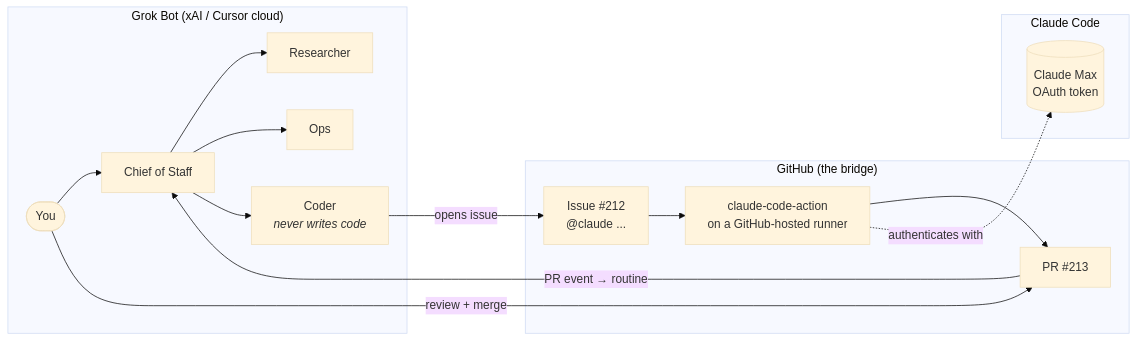
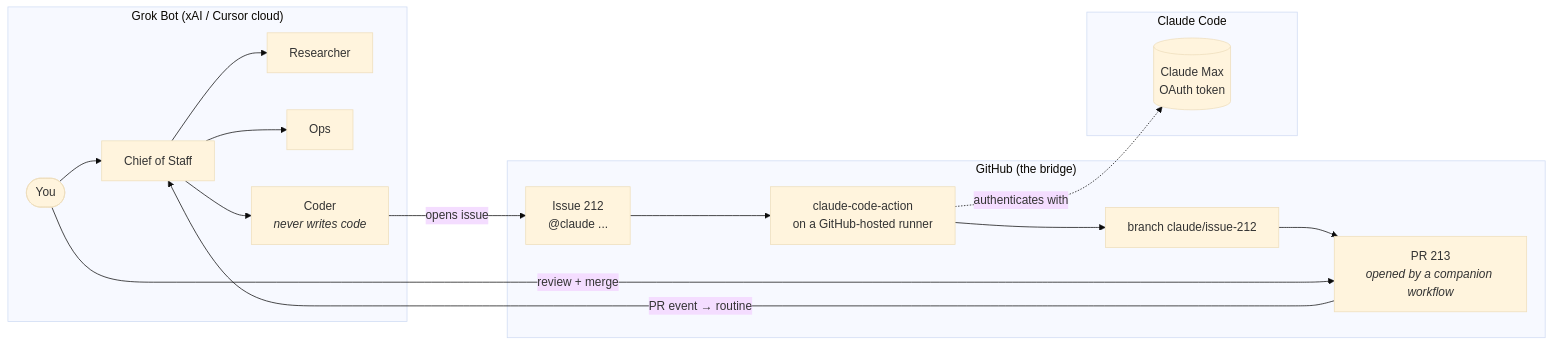
Before and after one commit to mathew-builds/Handoff: the diagram in README.md, drawn with Mermaid (base theme). The commit also changed other lines of this file and 18 other files, not shown here.

````diff
--- a/README.md
+++ b/README.md
@@ -13,25 +13,26 @@
 ```mermaid
 flowchart LR
     subgraph GB["Grok Bot (xAI / Cursor cloud)"]
         YOU([You]) --> COS[Chief of Staff]
         COS --> RES[Researcher]
         COS --> OPS[Ops]
         COS --> CODER[Coder<br/><i>never writes code</i>]
     end
 
     subgraph GH["GitHub (the bridge)"]
-        ISSUE[Issue #212<br/>@claude ...]
+        ISSUE[Issue 212<br/>@claude ...]
         ACTION[claude-code-action<br/>on a GitHub-hosted runner]
-        PR[PR #213]
-        ISSUE --> ACTION --> PR
+        BRANCH[branch claude/issue-212]
+        PR[PR 213<br/><i>opened by a companion workflow</i>]
+        ISSUE --> ACTION --> BRANCH --> PR
     end
 
     subgraph CC["Claude Code"]
         MAX[(Claude Max<br/>OAuth token)]
     end
 
     CODER -- "opens issue" --> ISSUE
     ACTION -. "authenticates with" .-> MAX
     PR -- "PR event → routine" --> COS
     YOU -- "review + merge" --> PR
 ```
````
